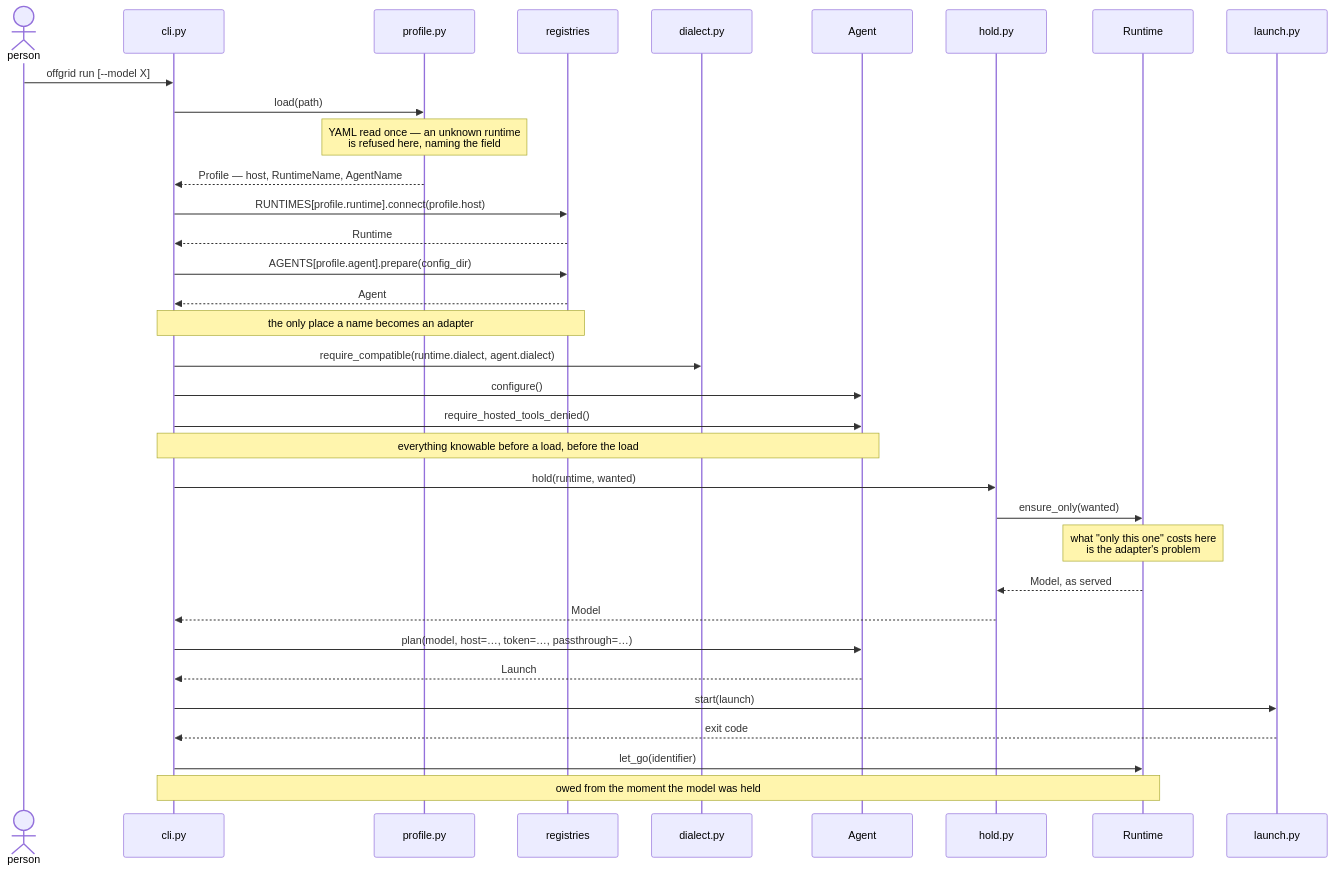
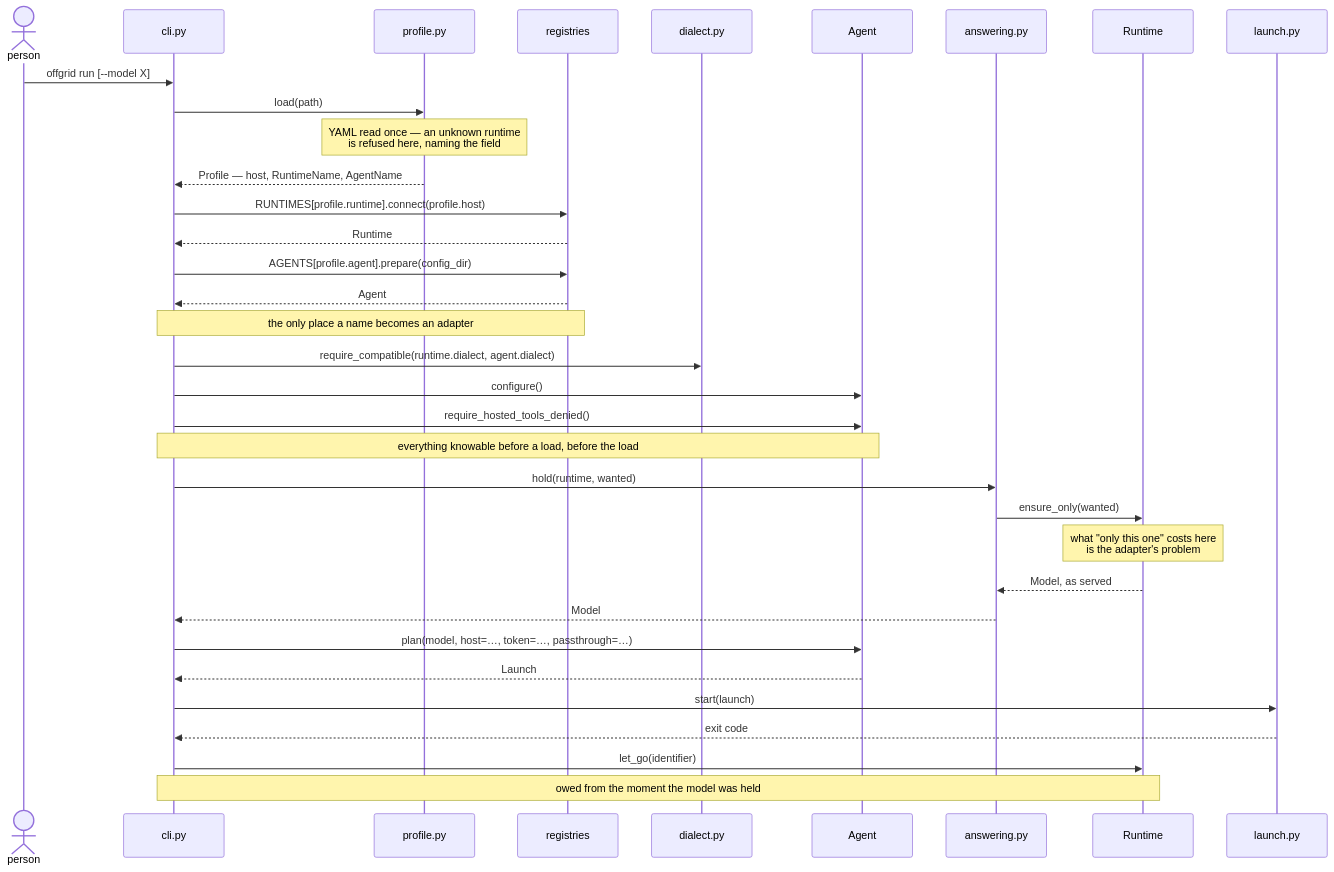
Before and after one commit to pvardanis/offgrid: the fourth of 4 diagrams in docs/architecture.md, drawn with Mermaid. The commit also changed other lines of this file and 5 other files, not shown here.

````diff
--- a/docs/architecture.md
+++ b/docs/architecture.md
@@ -520,37 +520,37 @@
 ```mermaid
 sequenceDiagram
     actor P as person
     participant C as cli.py
     participant F as profile.py
     participant G as registries
     participant D as dialect.py
     participant A as Agent
-    participant H as hold.py
+    participant H as answering.py
     participant R as Runtime
     participant L as launch.py
 
     P->>C: offgrid run [--model X]
     C->>F: load(path)
     Note over F: YAML read once — an unknown runtime<br/>is refused here, naming the field
     F-->>C: Profile — host, RuntimeName, AgentName
     C->>G: RUNTIMES[profile.runtime].connect(profile.host)
     G-->>C: Runtime
     C->>G: AGENTS[profile.agent].prepare(config_dir)
     G-->>C: Agent
     Note over C,G: the only place a name becomes an adapter
     C->>D: require_compatible(runtime.dialect, agent.dialect)
     C->>A: configure()
     C->>A: require_hosted_tools_denied()
     Note over C,A: everything knowable before a load, before the load
     C->>H: hold(runtime, wanted)
     H->>R: ensure_only(wanted)
     Note over R: what "only this one" costs here<br/>is the adapter's problem
     R-->>H: Model, as served
     H-->>C: Model
     C->>A: plan(model, host=…, token=…, passthrough=…)
     A-->>C: Launch
     C->>L: start(launch)
     L-->>C: exit code
     C->>R: let_go(identifier)
     Note over C,R: owed from the moment the model was held
 ```
````
